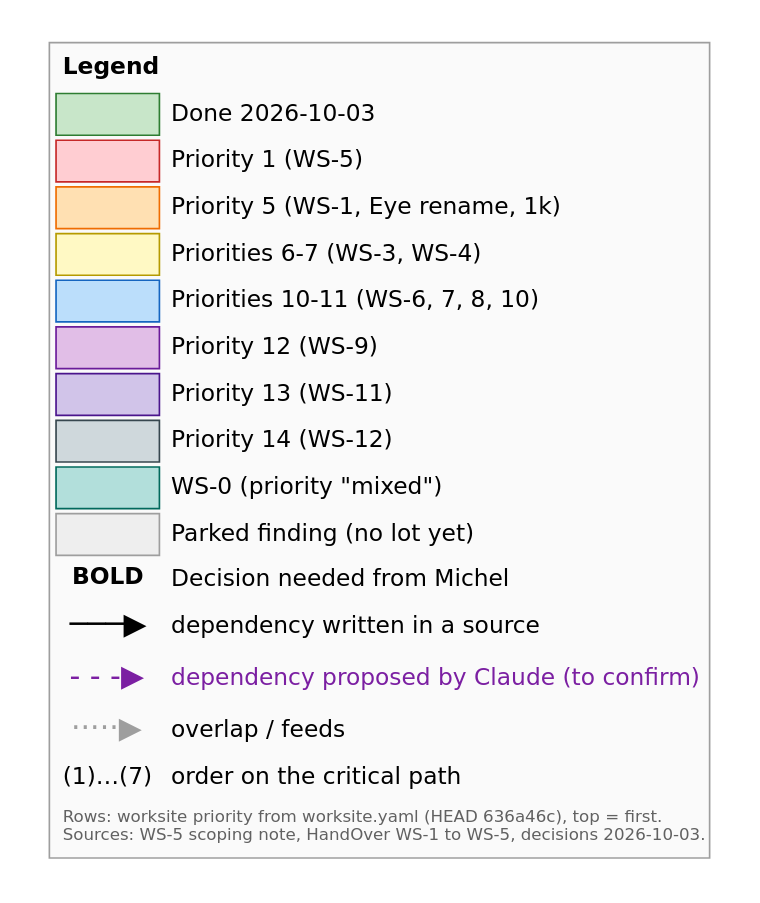
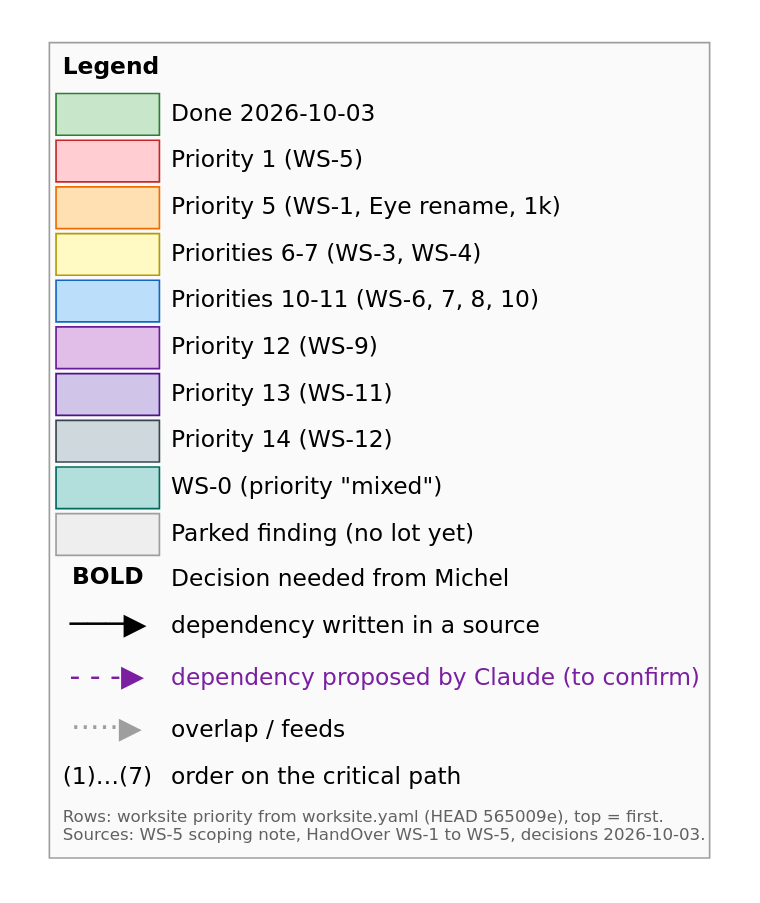
The diagram in ontology/docs/_01_Worksite/WS-5/Next_Conversation_2026-10-03/legend.dot (Echopraxium/tscg), drawn with Graphviz before and after one commit. The commit also changed 3 other files, not shown here.

First line of the commit message:
HandOver 2026-10-03: state updated to HEAD 565009e

```diff
--- a/ontology/docs/_01_Worksite/WS-5/Next_Conversation_2026-10-03/legend.dot
+++ b/ontology/docs/_01_Worksite/WS-5/Next_Conversation_2026-10-03/legend.dot
@@ -1,24 +1,24 @@
 digraph L {
   graph [fontname="DejaVu Sans", pad=0.2, bgcolor="white"];
   node [shape=plaintext, fontname="DejaVu Sans"];
   leg [label=<
   <TABLE BORDER="1" COLOR="#9e9e9e" CELLBORDER="0" CELLSPACING="3" CELLPADDING="4" BGCOLOR="#fafafa">
     <TR><TD COLSPAN="2" ALIGN="LEFT"><B>Legend</B></TD></TR>
     <TR><TD BGCOLOR="#c8e6c9" BORDER="1" COLOR="#2e7d32" WIDTH="36"> </TD><TD ALIGN="LEFT">Done 2026-10-03</TD></TR>
     <TR><TD BGCOLOR="#ffcdd2" BORDER="1" COLOR="#c62828"> </TD><TD ALIGN="LEFT">Priority 1 (WS-5)</TD></TR>
     <TR><TD BGCOLOR="#ffe0b2" BORDER="1" COLOR="#ef6c00"> </TD><TD ALIGN="LEFT">Priority 5 (WS-1, Eye rename, 1k)</TD></TR>
     <TR><TD BGCOLOR="#fff9c4" BORDER="1" COLOR="#b59a00"> </TD><TD ALIGN="LEFT">Priorities 6-7 (WS-3, WS-4)</TD></TR>
     <TR><TD BGCOLOR="#bbdefb" BORDER="1" COLOR="#1565c0"> </TD><TD ALIGN="LEFT">Priorities 10-11 (WS-6, 7, 8, 10)</TD></TR>
     <TR><TD BGCOLOR="#e1bee7" BORDER="1" COLOR="#6a1b9a"> </TD><TD ALIGN="LEFT">Priority 12 (WS-9)</TD></TR>
     <TR><TD BGCOLOR="#d1c4e9" BORDER="1" COLOR="#4a148c"> </TD><TD ALIGN="LEFT">Priority 13 (WS-11)</TD></TR>
     <TR><TD BGCOLOR="#cfd8dc" BORDER="1" COLOR="#37474f"> </TD><TD ALIGN="LEFT">Priority 14 (WS-12)</TD></TR>
     <TR><TD BGCOLOR="#b2dfdb" BORDER="1" COLOR="#00695c"> </TD><TD ALIGN="LEFT">WS-0 (priority "mixed")</TD></TR>
     <TR><TD BGCOLOR="#eeeeee" BORDER="1" COLOR="#9e9e9e"> </TD><TD ALIGN="LEFT">Parked finding (no lot yet)</TD></TR>
     <TR><TD ALIGN="CENTER"><B>BOLD</B></TD><TD ALIGN="LEFT">Decision needed from Michel</TD></TR>
     <TR><TD ALIGN="CENTER"><FONT POINT-SIZE="18">───▶</FONT></TD><TD ALIGN="LEFT">dependency written in a source</TD></TR>
     <TR><TD ALIGN="CENTER"><FONT POINT-SIZE="18" COLOR="#7b1fa2">- - -▶</FONT></TD><TD ALIGN="LEFT"><FONT COLOR="#7b1fa2">dependency proposed by Claude (to confirm)</FONT></TD></TR>
     <TR><TD ALIGN="CENTER"><FONT POINT-SIZE="18" COLOR="#9e9e9e">·····▶</FONT></TD><TD ALIGN="LEFT">overlap / feeds</TD></TR>
     <TR><TD ALIGN="CENTER">(1)…(7)</TD><TD ALIGN="LEFT">order on the critical path</TD></TR>
-    <TR><TD COLSPAN="2" ALIGN="LEFT"><FONT POINT-SIZE="10" COLOR="#616161">Rows: worksite priority from worksite.yaml (HEAD 636a46c), top = first.<BR ALIGN="LEFT"/>Sources: WS-5 scoping note, HandOver WS-1 to WS-5, decisions 2026-10-03.<BR ALIGN="LEFT"/></FONT></TD></TR>
+    <TR><TD COLSPAN="2" ALIGN="LEFT"><FONT POINT-SIZE="10" COLOR="#616161">Rows: worksite priority from worksite.yaml (HEAD 565009e), top = first.<BR ALIGN="LEFT"/>Sources: WS-5 scoping note, HandOver WS-1 to WS-5, decisions 2026-10-03.<BR ALIGN="LEFT"/></FONT></TD></TR>
   </TABLE>>];
 }
```
